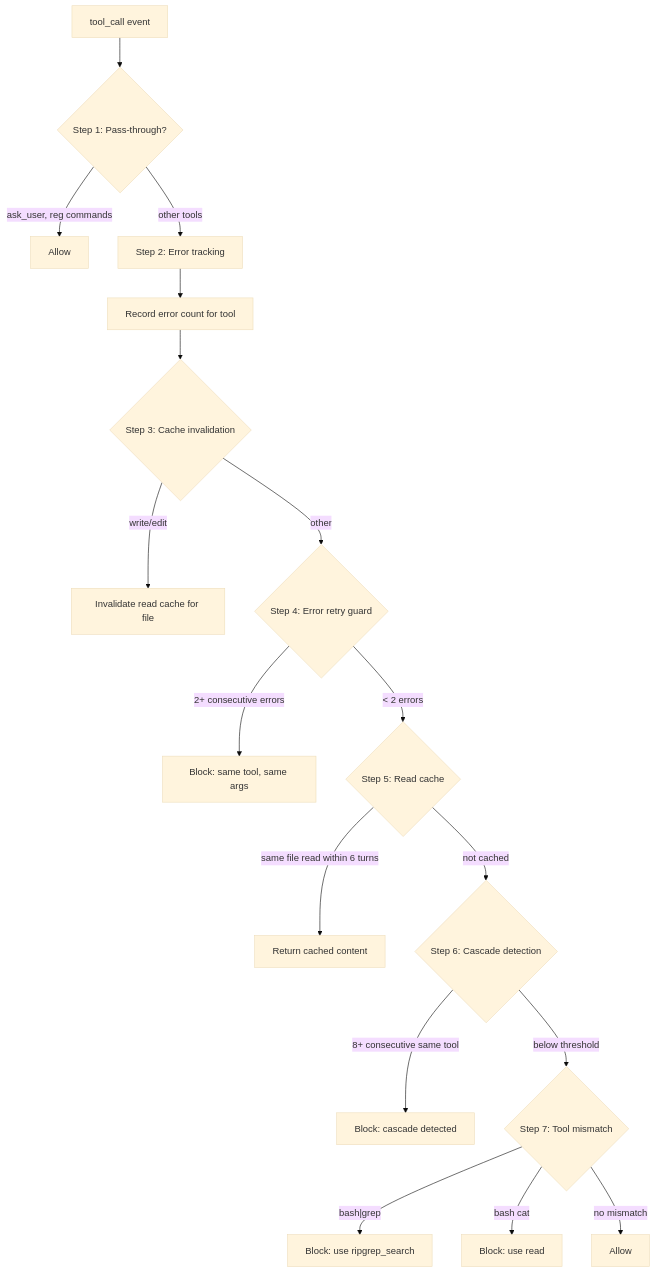
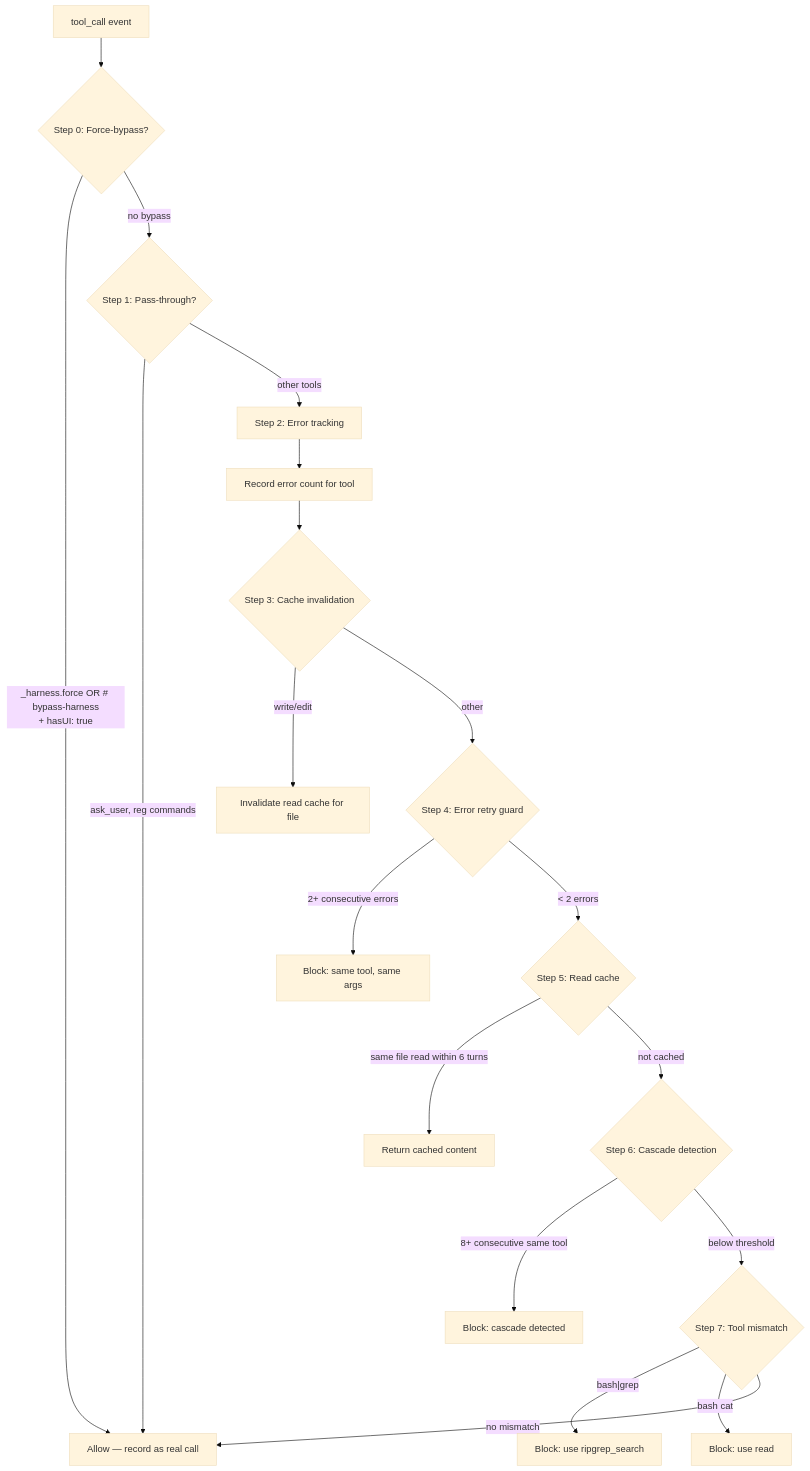
Before and after one commit to SchneiderDaniel/cheasee-pi: the diagram in .pi/extensions/agent-harness/README.md, drawn with Mermaid (base theme). The commit also changed other lines of this file and 4 other files, not shown here.

Commit message:
feat(#1345): [Bug] agent-harness lacks force-bypass mechanism for legitimate blocked commands

````diff
--- a/.pi/extensions/agent-harness/README.md
+++ b/.pi/extensions/agent-harness/README.md
@@ -64,19 +65,21 @@
 ```mermaid
 flowchart TD
-    A[tool_call event] --> B{Step 1: Pass-through?}
-    B -- ask_user, reg commands --> C[Allow]
-    B -- other tools --> D[Step 2: Error tracking]
-    D --> E[Record error count for tool]
-    E --> F{Step 3: Cache invalidation}
-    F -- write/edit --> G[Invalidate read cache for file]
-    F -- other --> H{Step 4: Error retry guard}
-    H -- 2+ consecutive errors --> I[Block: same tool, same args]
-    H -- < 2 errors --> J{Step 5: Read cache}
-    J -- same file read within 6 turns --> K[Return cached content]
-    J -- not cached --> L{Step 6: Cascade detection}
-    L -- 8+ consecutive same tool --> M[Block: cascade detected]
-    L -- below threshold --> N{Step 7: Tool mismatch}
-    N -- bash|grep --> O[Block: use ripgrep_search]
-    N -- bash cat --> P[Block: use read]
-    N -- no mismatch --> Q[Allow]
+    A[tool_call event] --> B{Step 0: Force-bypass?}
+    B -- "_harness.force OR # bypass-harness\n+ hasUI: true" --> C[Allow — record as real call]
+    B -- no bypass --> D{Step 1: Pass-through?}
+    D -- ask_user, reg commands --> C
+    D -- other tools --> E[Step 2: Error tracking]
+    E --> F[Record error count for tool]
+    F --> G{Step 3: Cache invalidation}
+    G -- write/edit --> H[Invalidate read cache for file]
+    G -- other --> I{Step 4: Error retry guard}
+    I -- 2+ consecutive errors --> J[Block: same tool, same args]
+    I -- < 2 errors --> K{Step 5: Read cache}
+    K -- same file read within 6 turns --> L[Return cached content]
+    K -- not cached --> M{Step 6: Cascade detection}
+    M -- 8+ consecutive same tool --> N[Block: cascade detected]
+    M -- below threshold --> O{Step 7: Tool mismatch}
+    O -- bash|grep --> P[Block: use ripgrep_search]
+    O -- bash cat --> Q[Block: use read]
+    O -- no mismatch --> C
 ```
````
